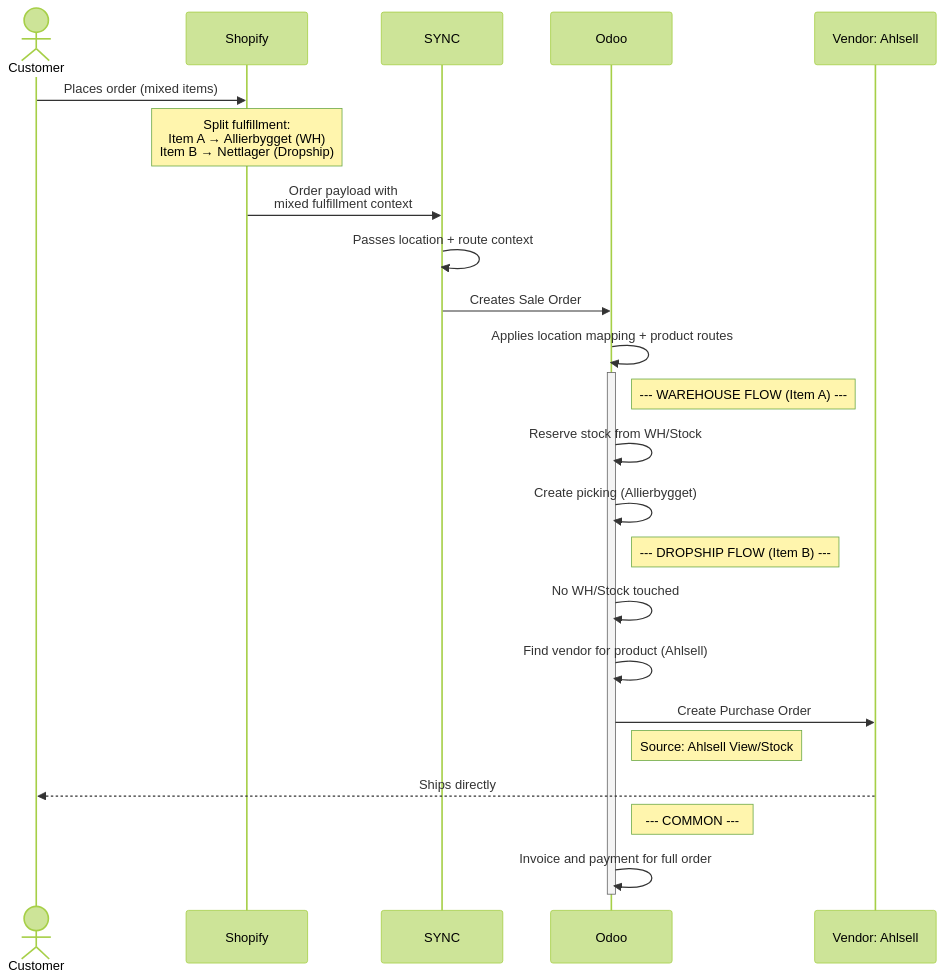
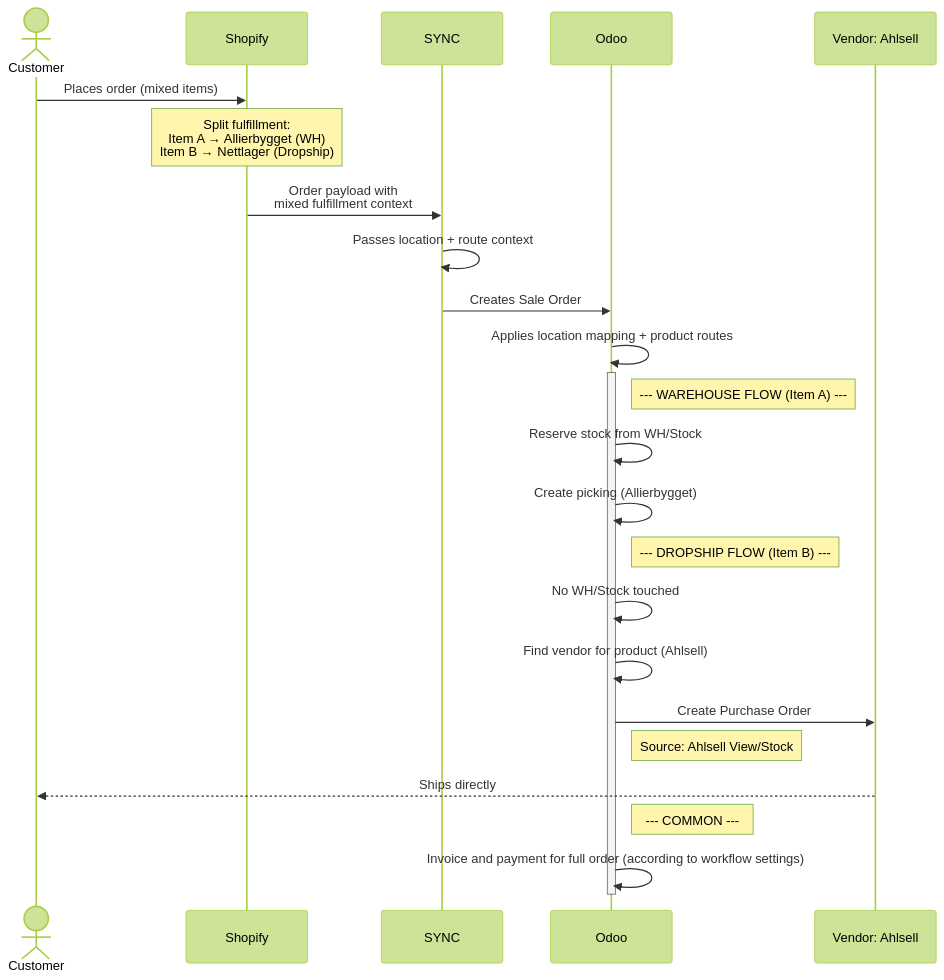
One commit to ozan-droid/documents changed the eighth of 16 diagrams in shopify-sync-odoo-scenarios.md. Above: the diagram before and after it, drawn with Mermaid (forest theme). The commit also changed other lines of this file, not shown here.

````diff
--- a/shopify-sync-odoo-scenarios.md
+++ b/shopify-sync-odoo-scenarios.md
@@ -350,33 +353,33 @@
 ```mermaid
 sequenceDiagram
     actor Customer
     participant Shopify
     participant SYNC
     participant Odoo
     participant Ahlsell as Vendor: Ahlsell
 
     Customer->>Shopify: Places order (mixed items)
     Note over Shopify: Split fulfillment:<br/>Item A → Allierbygget (WH)<br/>Item B → Nettlager (Dropship)
 
     Shopify->>SYNC: Order payload with<br/>mixed fulfillment context
 
     SYNC->>SYNC: Passes location + route context
     SYNC->>Odoo: Creates Sale Order
     Odoo->>Odoo: Applies location mapping + product routes
 
     activate Odoo
     Note right of Odoo: --- WAREHOUSE FLOW (Item A) ---
     Odoo->>Odoo: Reserve stock from WH/Stock
     Odoo->>Odoo: Create picking (Allierbygget)
 
     Note right of Odoo: --- DROPSHIP FLOW (Item B) ---
     Odoo->>Odoo: No WH/Stock touched
     Odoo->>Odoo: Find vendor for product (Ahlsell)
     Odoo->>Ahlsell: Create Purchase Order
     Note right of Odoo: Source: Ahlsell View/Stock
     Ahlsell-->>Customer: Ships directly
 
     Note right of Odoo: --- COMMON ---
-    Odoo->>Odoo: Invoice and payment for full order
+    Odoo->>Odoo: Invoice and payment for full order (according to workflow settings)
     deactivate Odoo
 ```
````
